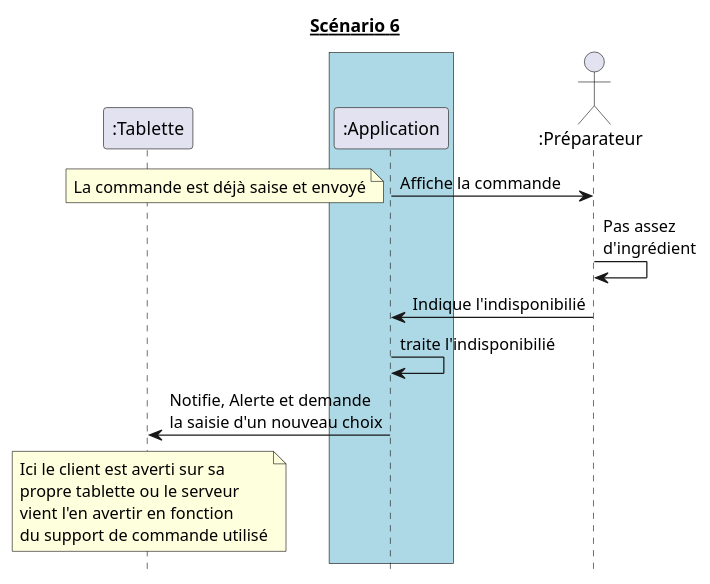
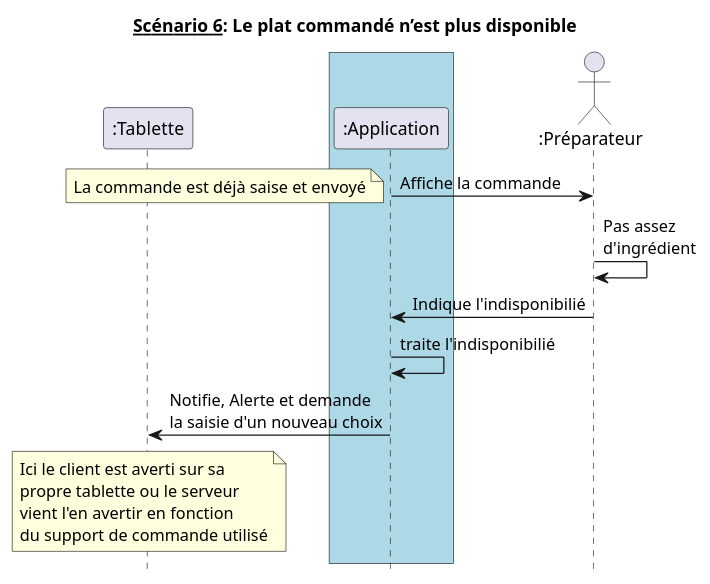
The diagram in diagrammes_sequences/ds6.md (hulskenA/GL-Les_seigneurs_du_resto), drawn with PlantUML before and after one commit. The commit also changed 14 other files, not shown here.

````diff
--- a/diagrammes_sequences/ds6.md
+++ b/diagrammes_sequences/ds6.md
@@ -1,32 +1,32 @@
 ```puml
 @startuml
 hide footbox
-title __Scénario 6__
+title __Scénario 6__: Le plat commandé n’est plus disponible
 
 participant ":Tablette" as Tablette order 10
 actor ":Préparateur" as Préparateur order 30
 
 box #Lightblue
   participant ":Application" as Application order 20
 endbox
 
 Application -> Préparateur : Affiche la commande
 note left: La commande est déjà saise et envoyé
 
 Préparateur -> Préparateur : Pas assez\nd'ingrédient
 Préparateur -> Application : Indique l'indisponibilié
 
 Application -> Application : traite l'indisponibilié
 
 Tablette <- Application : Notifie, Alerte et demande\nla saisie d'un nouveau choix
 
 note over Tablette
   Ici le client est averti sur sa
   propre tablette ou le serveur
   vient l'en avertir en fonction
   du support de commande utilisé
 end note
 
 @enduml
 
 ```
````
